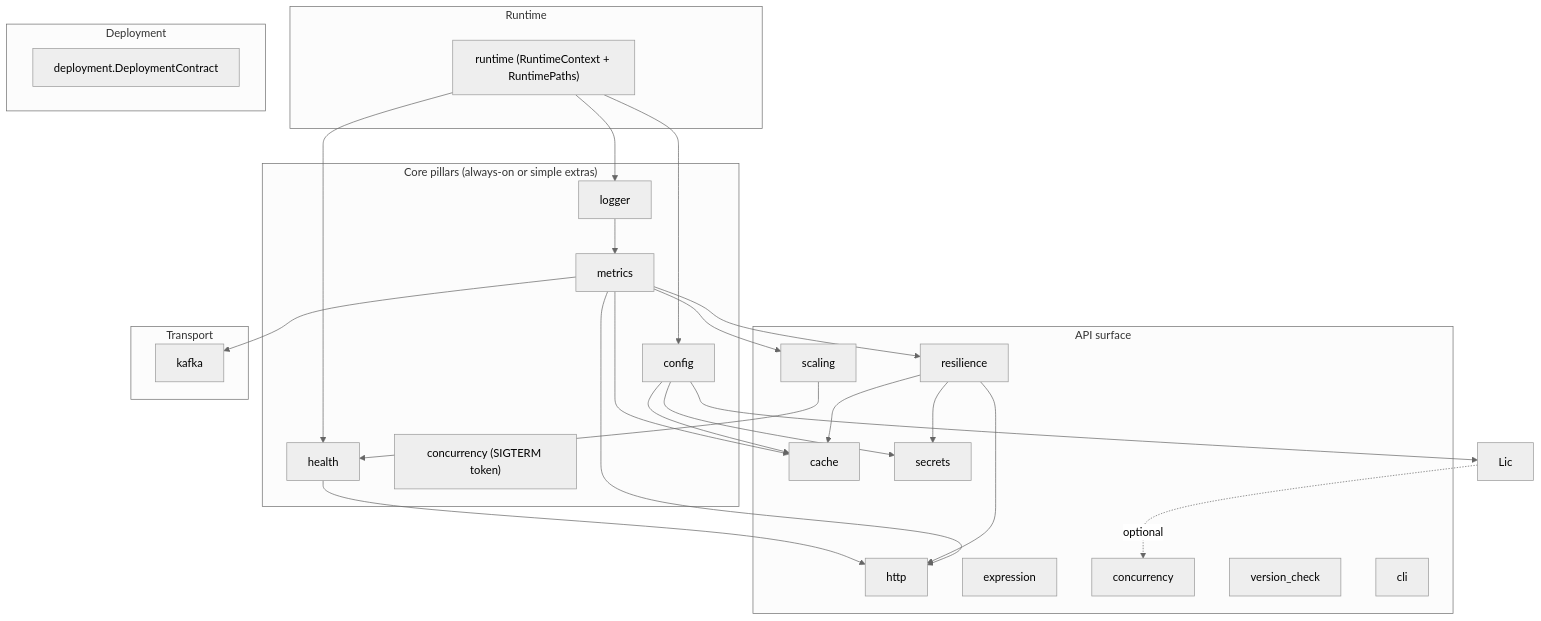
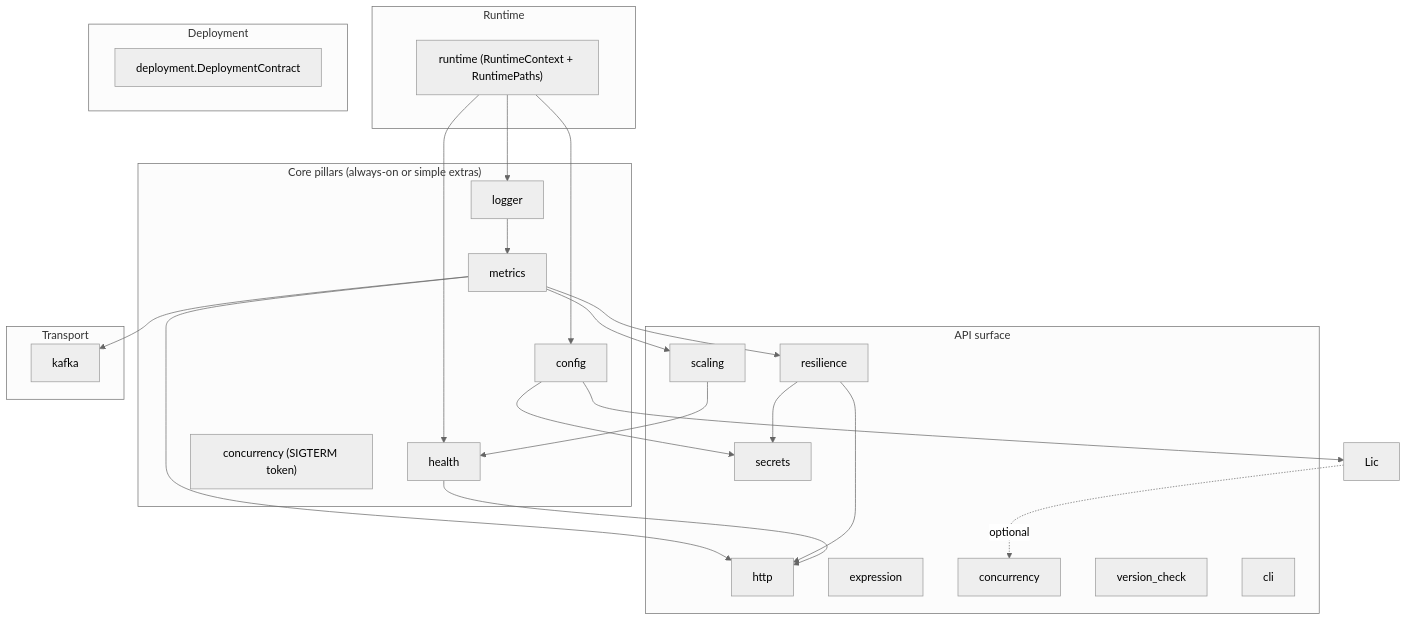
The diagram in docs/ARCHITECTURE.md (hyperi-io/scalo-py), drawn with Mermaid (neutral theme) before and after one commit. The commit also changed other lines of this file and 26 other files, not shown here.

````diff
--- a/docs/ARCHITECTURE.md
+++ b/docs/ARCHITECTURE.md
@@ -34,59 +34,55 @@
 ```mermaid
 flowchart TB
     subgraph Pillars["Core pillars (always-on or simple extras)"]
         Config["config"]
         Logger["logger"]
         Metrics["metrics"]
         Health["health"]
         Shutdown["concurrency (SIGTERM token)"]
     end
 
     subgraph Runtime["Runtime"]
         Rt["runtime (RuntimeContext + RuntimePaths)"]
     end
 
     subgraph API["API surface"]
         HTTP["http"]
-        Cache["cache"]
         Secrets["secrets"]
         Expr["expression"]
         Resil["resilience"]
         Conc["concurrency"]
         VC["version_check"]
         Scal["scaling"]
         CLI["cli"]
     end
 
     subgraph Transport["Transport"]
         Kafka["kafka"]
     end
 
     subgraph Deploy["Deployment"]
         DC["deployment.DeploymentContract"]
     end
 
     Rt --> Config
     Rt --> Logger
     Rt --> Health
 
-    Config --> Cache
     Config --> Secrets
     Config --> Lic
 
     Logger --> Metrics
 
     Metrics --> HTTP
     Metrics --> Kafka
-    Metrics --> Cache
     Metrics --> Resil
     Metrics --> Scal
 
     Resil --> HTTP
-    Resil --> Cache
     Resil --> Secrets
 
     Health --> HTTP
     Scal --> Health
 
     Lic -.optional.-> Conc
 ```
````
